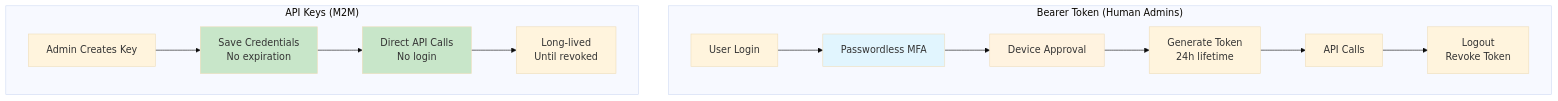
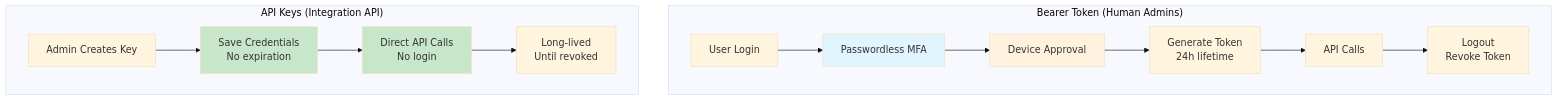
Before and after one commit to mgagp/ezkey: diagram 17 of 26 in docs/API_KEYS_HOW_IT_WORKS.md, drawn with Mermaid (base theme). The commit also changed 114 other files, not shown here.

First line of the commit message:
feat(api): rename M2M API to Integration API and update related documentation

````diff
--- a/docs/API_KEYS_HOW_IT_WORKS.md
+++ b/docs/API_KEYS_HOW_IT_WORKS.md
@@ -632,21 +632,21 @@
 ```mermaid
 graph TB
     subgraph "Bearer Token (Human Admins)"
         A1[User Login] --> A2[Passwordless MFA]
         A2 --> A3[Device Approval]
         A3 --> A4[Generate Token<br/>24h lifetime]
         A4 --> A5[API Calls]
         A5 --> A6[Logout<br/>Revoke Token]
     end
     
-    subgraph "API Keys (M2M)"
+    subgraph "API Keys (Integration API)"
         B1[Admin Creates Key] --> B2[Save Credentials<br/>No expiration]
         B2 --> B3[Direct API Calls<br/>No login]
         B3 --> B4[Long-lived<br/>Until revoked]
     end
     
     style A2 fill:#e1f5fe
     style A3 fill:#fff3e0
     style B2 fill:#c8e6c9
     style B3 fill:#c8e6c9
 ```
````
